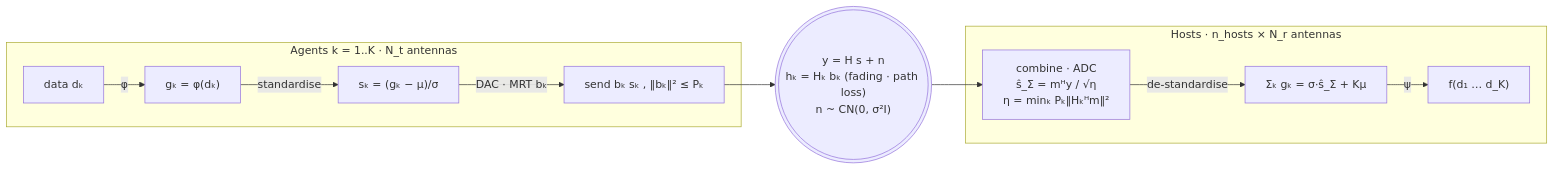
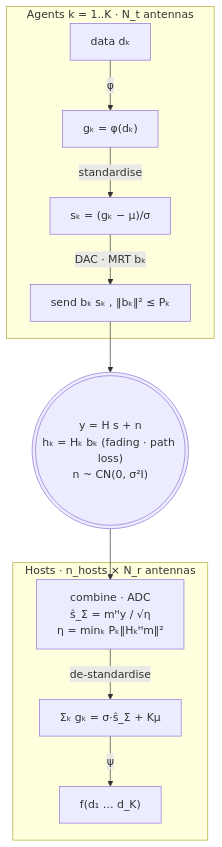
One commit to wincle626/OverAirCompute changed the first of 13 diagrams in README.md. Above: the diagram before and after it, drawn with Mermaid. The commit also changed other lines of this file, not shown here.

````diff
--- a/README.md
+++ b/README.md
@@ -252,14 +252,14 @@
 ```mermaid
-flowchart LR
+flowchart TD
     subgraph TX["Agents k = 1..K  ·  N_t antennas"]
       d["data dₖ"] -->|"φ"| g["gₖ = φ(dₖ)"]
       g -->|"standardise"| sk["sₖ = (gₖ − μ)/σ"]
       sk -->|"DAC · MRT bₖ"| xk["send bₖ sₖ , ‖bₖ‖² ≤ Pₖ"]
     end
     xk --> mdl((("y = H s + n<br/>hₖ = Hₖ bₖ (fading · path loss)<br/>n ~ CN(0, σ²I)")))
     mdl --> rx
     subgraph RX["Hosts · n_hosts × N_r antennas"]
       rx["combine · ADC<br/>ŝ_Σ = mᴴy / √η<br/>η = minₖ Pₖ‖Hₖᴴm‖²"] -->|"de-standardise"| sig["Σₖ gₖ = σ·ŝ_Σ + Kμ"]
       sig -->|"ψ"| out["f(d₁ … d_K)"]
     end
 ```
````
